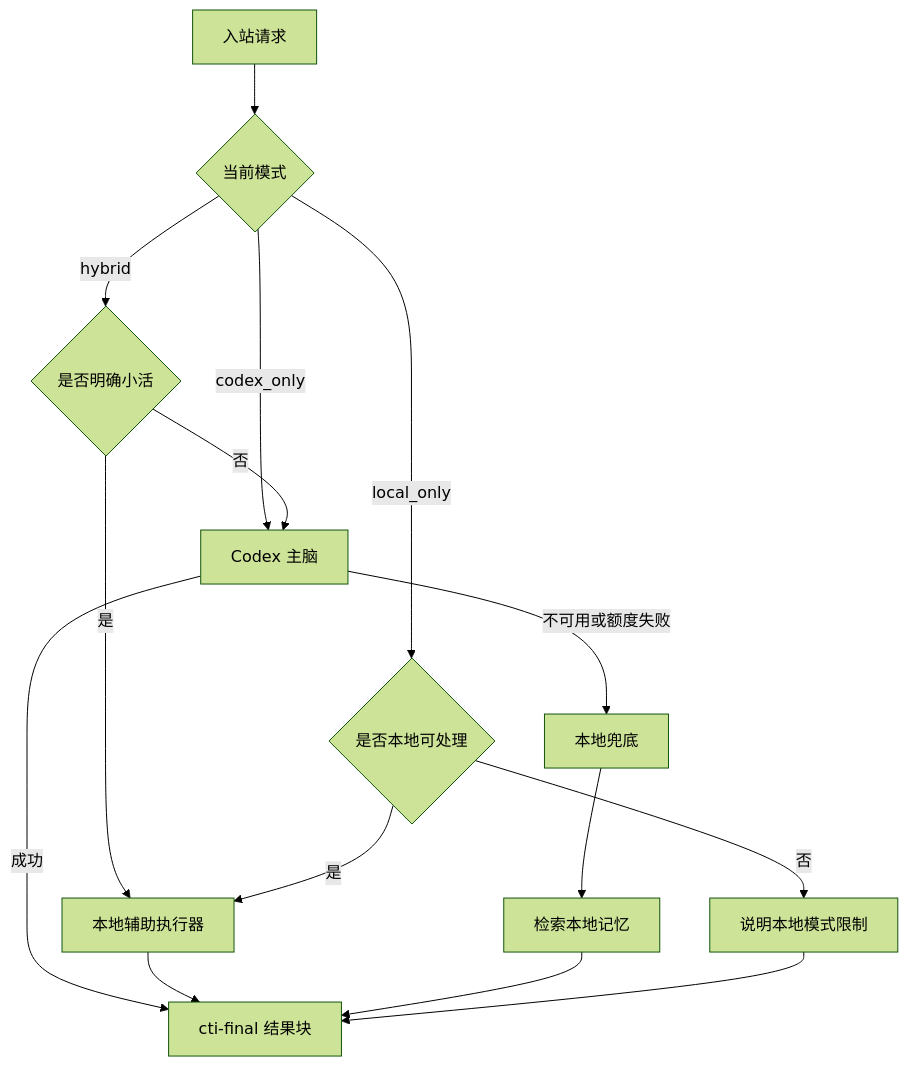
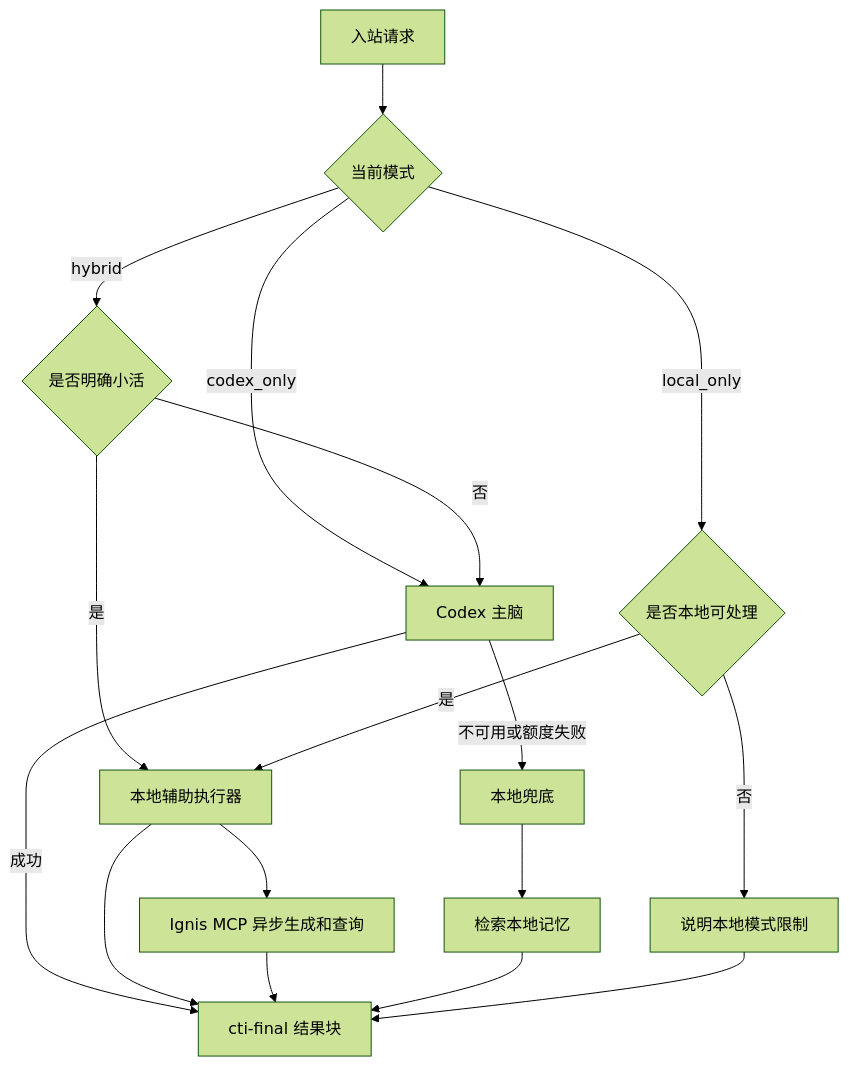
One commit to dddfuxi/codex-im-suite changed the fourth of 6 diagrams in docs/PROJECT-ARCHITECTURE.md. Above: the diagram before and after it, drawn with Mermaid (forest theme). The commit also changed other lines of this file and 32 other files, not shown here.

Commit message:
Add unified fast-path intent gating

````diff
--- a/docs/PROJECT-ARCHITECTURE.md
+++ b/docs/PROJECT-ARCHITECTURE.md
@@ -125,17 +139,19 @@
 ```mermaid
 flowchart TD
   Request[入站请求] --> Mode{当前模式}
   Mode -->|codex_only| Codex[Codex 主脑]
   Mode -->|local_only| LocalScope{是否本地可处理}
   Mode -->|hybrid| ExplicitSmallTask{是否明确小活}
   ExplicitSmallTask -->|是| LocalAgent[本地辅助执行器]
   ExplicitSmallTask -->|否| Codex
   LocalScope -->|是| LocalAgent
   LocalScope -->|否| LocalLimit[说明本地模式限制]
   Codex -->|成功| FinalReply[cti-final 结果块]
   Codex -->|不可用或额度失败| LocalFallback[本地兜底]
   LocalAgent --> FinalReply
   LocalFallback --> MemoryRecall[检索本地记忆]
+  LocalAgent --> IgnisFastPath[Ignis MCP 异步生成和查询]
+  IgnisFastPath --> FinalReply
   MemoryRecall --> FinalReply
   LocalLimit --> FinalReply
 ```
````
